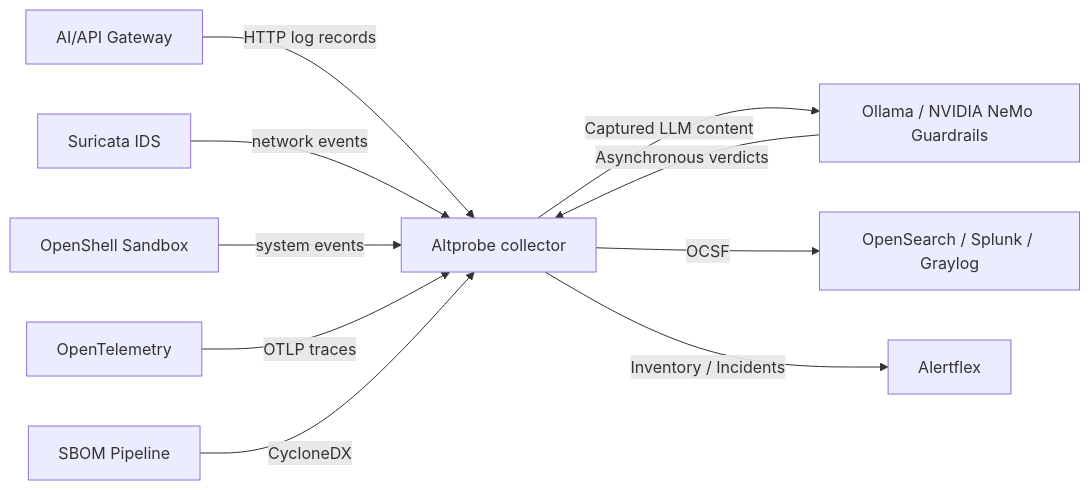
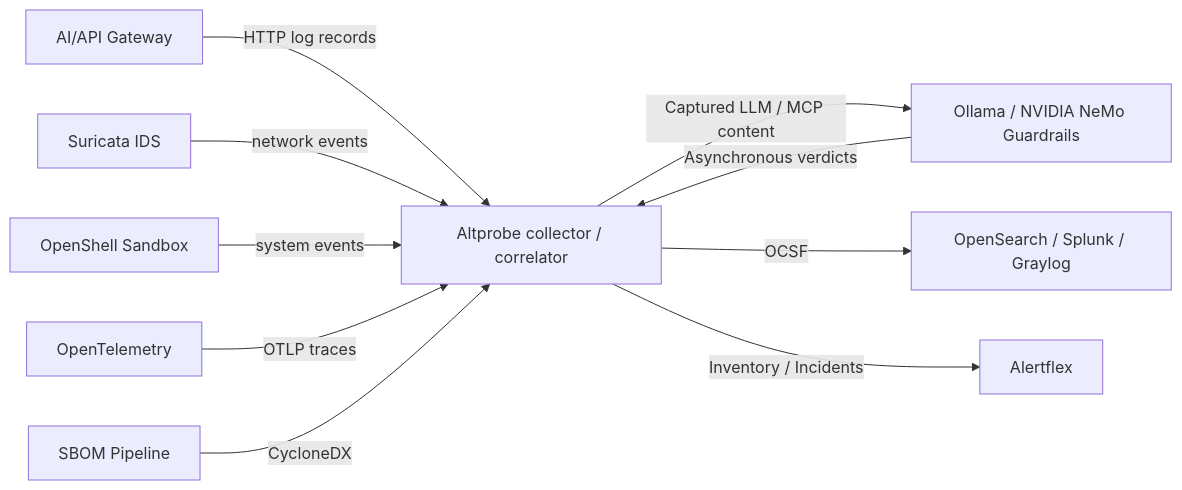
Before and after one commit to olegzhr/altprobe: the diagram in README.md, drawn with Mermaid.

Commit message:
Update flowchart labels in README.md

````diff
--- a/README.md
+++ b/README.md
@@ -49,12 +49,12 @@
 ```mermaid
 flowchart LR
-    G[AI/API Gateway] -->|HTTP log records| A[Altprobe collector]
-    N[Suricata IDS] -->|network events| A[Altprobe collector]
-    H[OpenShell Sandbox] -->|system events| A[Altprobe collector]
-    OTLP[OpenTelemetry] -->|OTLP traces| A[Altprobe collector]
-    SBOM[SBOM Pipeline] -->|CycloneDX| A[Altprobe collector]
-    A -->|Captured LLM content| L[Ollama / NVIDIA NeMo Guardrails]
+    G[AI/API Gateway] -->|HTTP log records| A[Altprobe collector / correlator]
+    N[Suricata IDS] -->|network events| A[Altprobe collector / correlator]
+    H[OpenShell Sandbox] -->|system events| A[Altprobe collector / correlator]
+    OTLP[OpenTelemetry] -->|OTLP traces| A[Altprobe collector / correlator]
+    SBOM[SBOM Pipeline] -->|CycloneDX| A[Altprobe collector / correlator]
+    A -->|Captured LLM / MCP content| L[Ollama / NVIDIA NeMo Guardrails]
     L -->|Asynchronous verdicts| A
     A -->|OCSF| O[OpenSearch / Splunk / Graylog]
     A -->|Inventory / Incidents| C[Alertflex]
 ```
````
